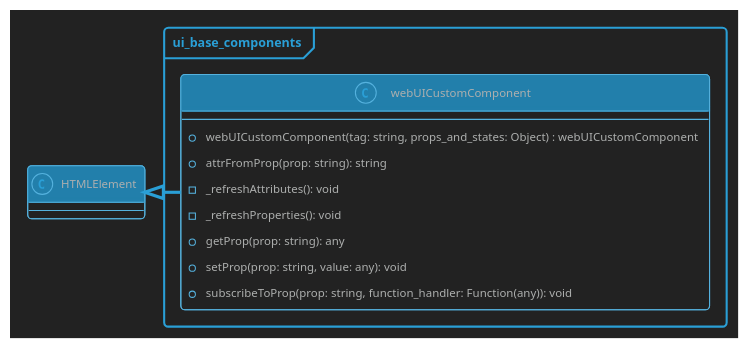
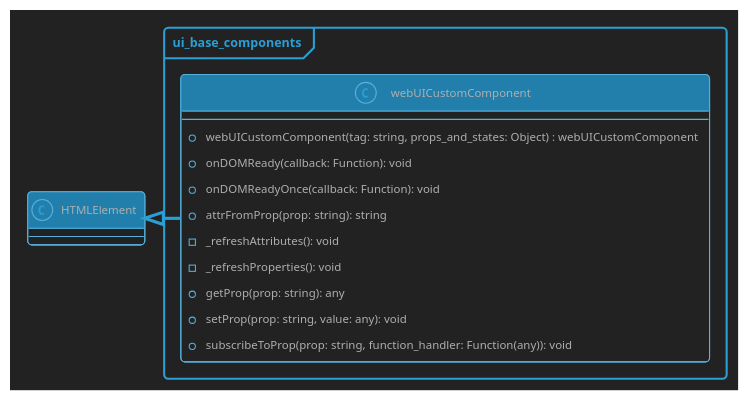
Before and after one commit to Picorims/wav2bar: the diagram in docs/ui/web_ui_custom_component.plantuml, drawn with PlantUML. The commit also changed 8 other files, not shown here.

Commit message:
DOMReady component function, HTML input binding component, fix prop to attr syncing

```diff
--- a/docs/ui/web_ui_custom_component.plantuml
+++ b/docs/ui/web_ui_custom_component.plantuml
@@ -1,40 +1,42 @@
 @startuml ui_base_components
 
 'Wav2Bar - Free software for creating audio visualization (motion design) videos
 'Copyright (C) 2022  Picorims <picorims.contact@gmail.com>
 
 'This program is free software: you can redistribute it and/or modify
 'it under the terms of the GNU General Public License as published by
 'the Free Software Foundation, either version 3 of the License, or
 'any later version.
 
 'This program is distributed in the hope that it will be useful,
 'but WITHOUT ANY WARRANTY; without even the implied warranty of
 'MERCHANTABILITY or FITNESS FOR A PARTICULAR PURPOSE.  See the
 'GNU General Public License for more details.
 
 'You should have received a copy of the GNU General Public License
 'along with this program.  If not, see <https://www.gnu.org/licenses/>.
 
 !theme cyborg-outline
 skinparam BackgroundColor #222222
 ' skinparam groupInheritance 2
 skinparam PackageStyle frame
 
 class HTMLElement {}
 
 package "ui_base_components" {
     class webUICustomComponent {
         --
         + webUICustomComponent(tag: string, props_and_states: Object) : webUICustomComponent
+        + onDOMReady(callback: Function): void
+        + onDOMReadyOnce(callback: Function): void
         + attrFromProp(prop: string): string
         - _refreshAttributes(): void
         - _refreshProperties(): void
         + getProp(prop: string): any
         + setProp(prop: string, value: any): void
         + subscribeToProp(prop: string, function_handler: Function(any)): void
     }
     HTMLElement <|-right- webUICustomComponent
 }
 
 @enduml
```
